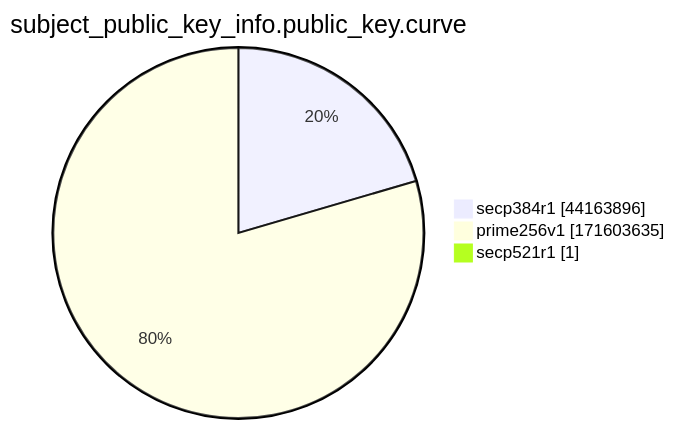
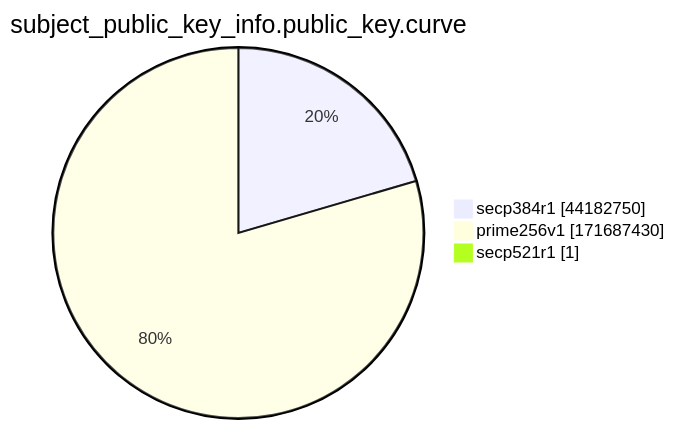
Before and after one commit to christiankrug/ctmonitor_visualization: the ninth of 15 diagrams in xenon2022/README.md, drawn with Mermaid. The commit also changed other lines of this file, not shown here.

````diff
--- a/xenon2022/README.md
+++ b/xenon2022/README.md
@@ -2871,7 +2871,7 @@
 ```mermaid
 pie showData
 title subject_public_key_info.public_key.curve
-"secp384r1" :44163896
-"prime256v1" :171603635
+"secp384r1" :44182750
+"prime256v1" :171687430
 "secp521r1" :1
 ```
````
